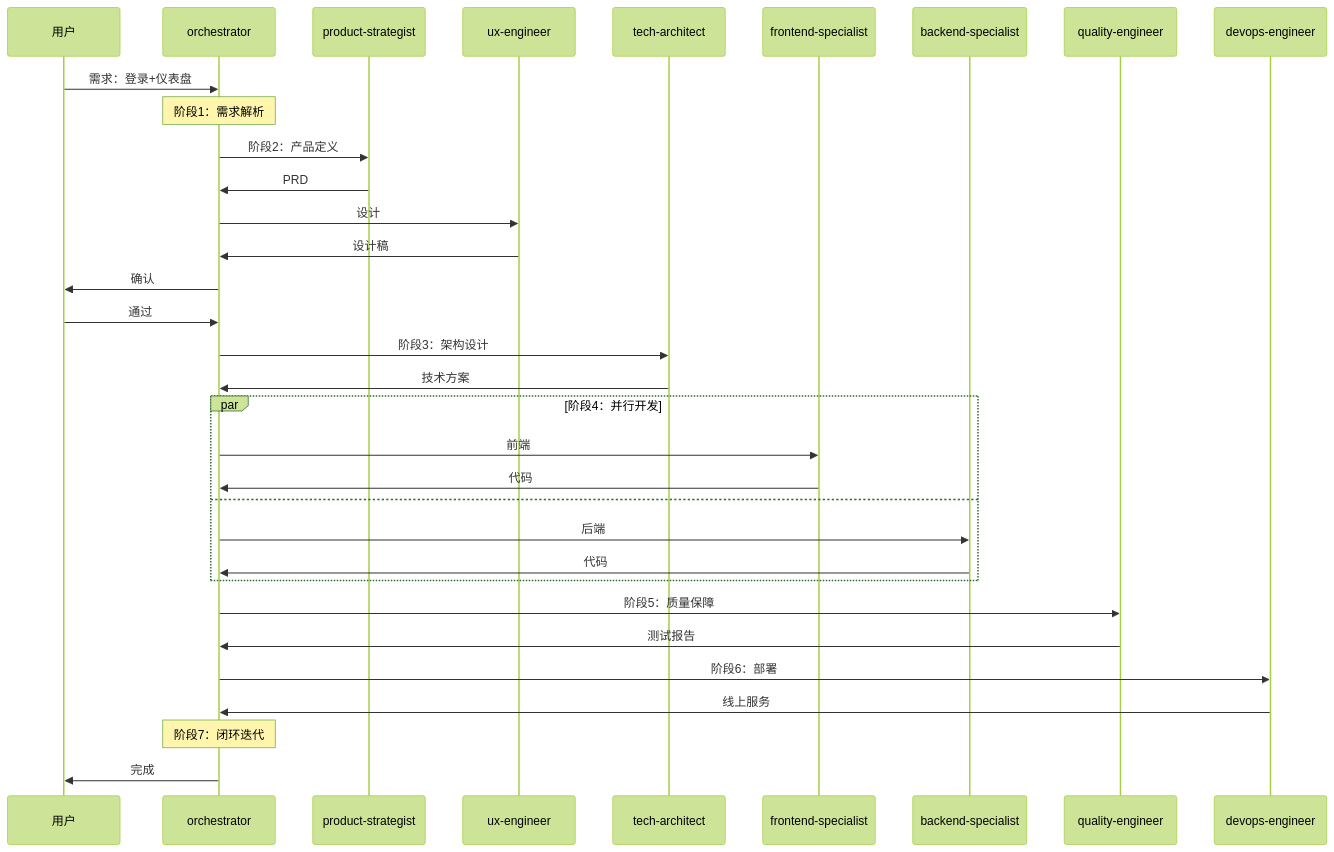
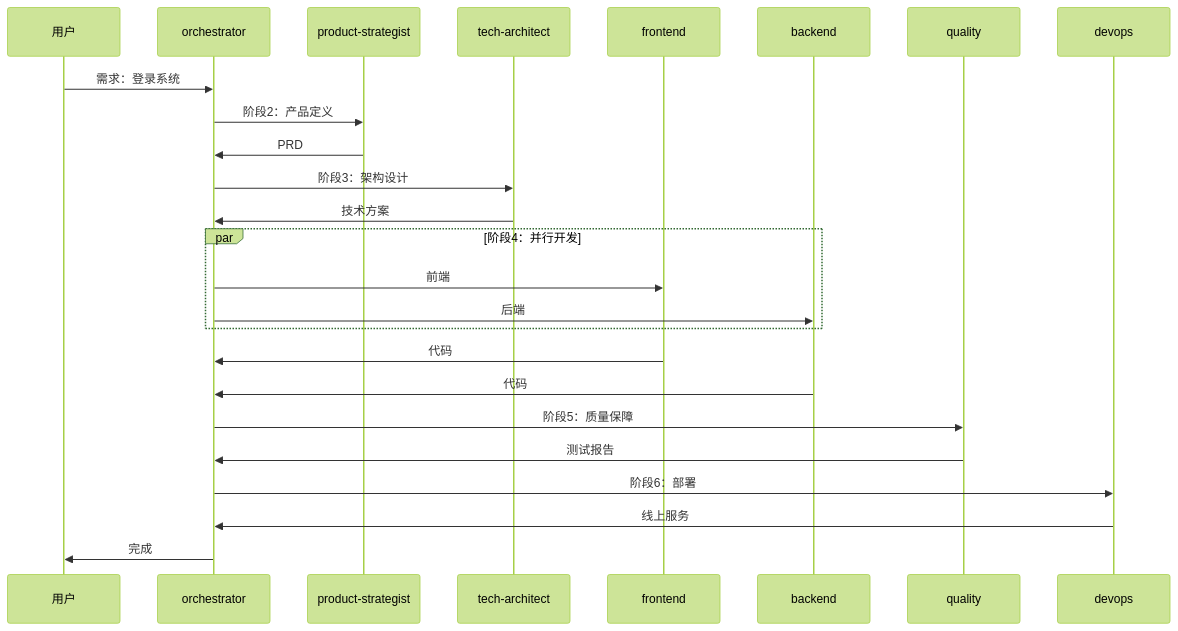
One commit to Tooooommy/Trae-Workflow changed the fourth of 5 diagrams in skills/orchestrator-expert/SKILL.md. Above: the diagram before and after it, drawn with Mermaid (forest theme). The commit also changed other lines of this file, not shown here.

````diff
--- a/skills/orchestrator-expert/SKILL.md
+++ b/skills/orchestrator-expert/SKILL.md
@@ -270,36 +185,28 @@
 ```mermaid
 sequenceDiagram
     participant U as 用户
     participant O as orchestrator
     participant P as product-strategist
-    participant UX as ux-engineer
     participant TA as tech-architect
-    participant FE as frontend-specialist
-    participant BE as backend-specialist
-    participant Q as quality-engineer
-    participant D as devops-engineer
+    participant FE as frontend
+    participant BE as backend
+    participant Q as quality
+    participant D as devops
 
-    U->>O: 需求：登录+仪表盘
-    Note over O: 阶段1：需求解析
+    U->>O: 需求：登录系统
     O->>P: 阶段2：产品定义
     P->>O: PRD
-    O->>UX: 设计
-    UX->>O: 设计稿
-    O->>U: 确认
-    U->>O: 通过
     O->>TA: 阶段3：架构设计
     TA->>O: 技术方案
     par 阶段4：并行开发
         O->>FE: 前端
-        FE->>O: 代码
-    and
         O->>BE: 后端
-        BE->>O: 代码
     end
+    FE->>O: 代码
+    BE->>O: 代码
     O->>Q: 阶段5：质量保障
     Q->>O: 测试报告
     O->>D: 阶段6：部署
     D->>O: 线上服务
-    Note over O: 阶段7：闭环迭代
     O->>U: 完成
 ```
````
